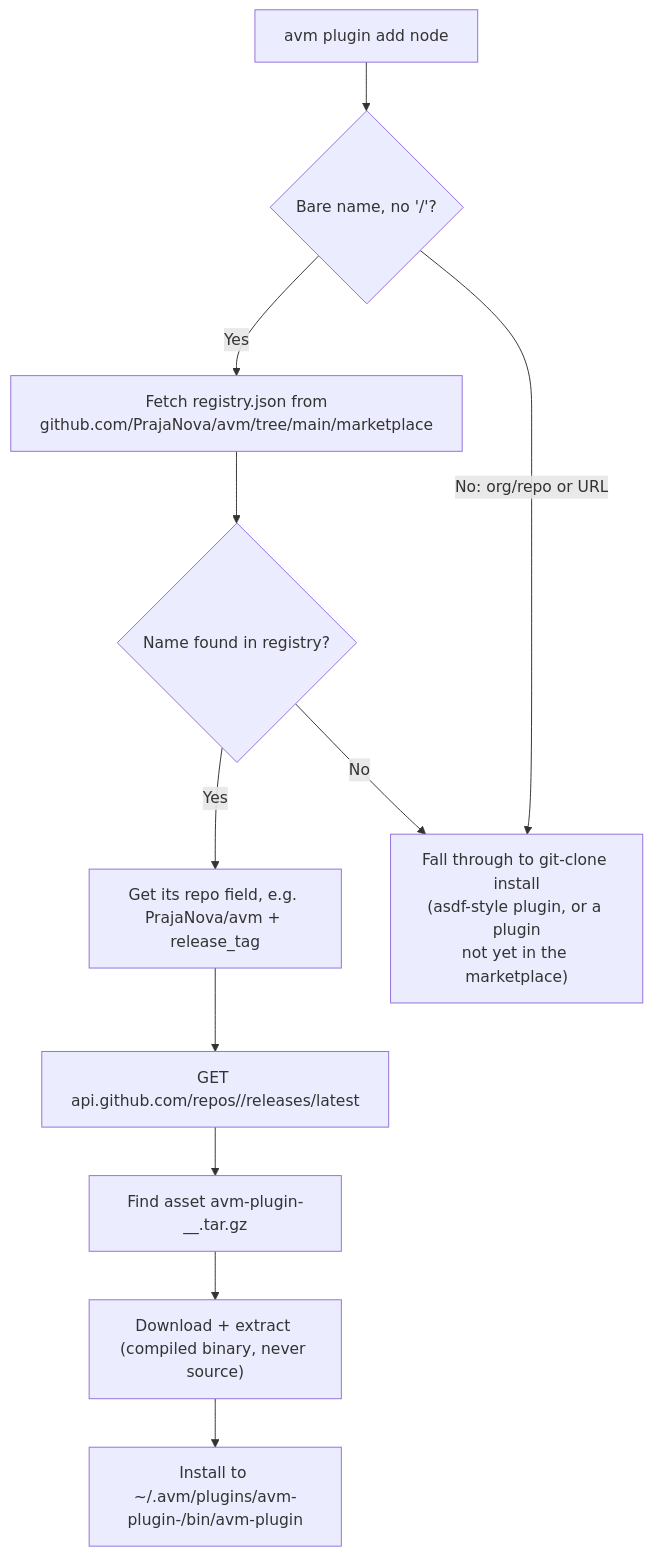
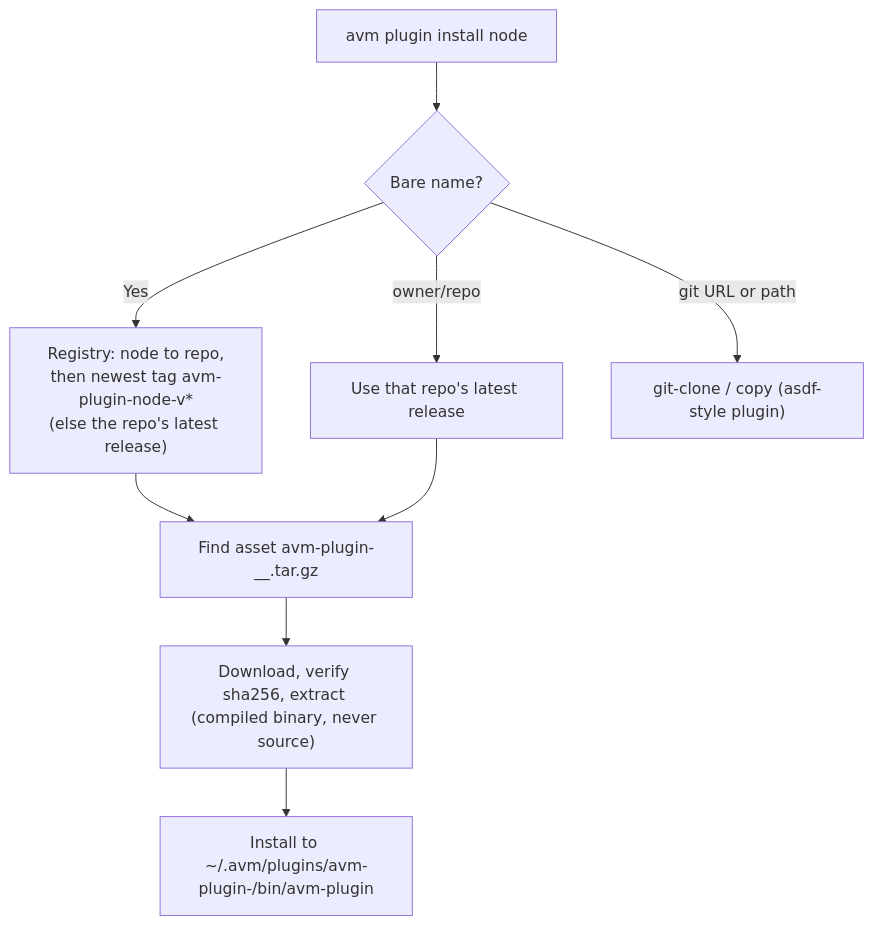
One commit to PrajaNova/avm changed the diagram in docs/architecture/ARCHITECTURE.md. Above: the diagram before and after it, drawn with Mermaid. The commit also changed other lines of this file and 273 other files, not shown here.

````diff
--- a/docs/architecture/ARCHITECTURE.md
+++ b/docs/architecture/ARCHITECTURE.md
@@ -61,13 +62,11 @@
 ```mermaid
 flowchart TD
-  A["avm plugin add node"] --> B{"Bare name, no '/'?"}
-  B -->|Yes| C["Fetch registry.json from\ngithub.com/PrajaNova/avm/tree/main/marketplace"]
-  C --> D{"Name found in registry?"}
-  D -->|Yes| E["Get its repo field, e.g. PrajaNova/avm + release_tag"]
-  D -->|No| F["Fall through to git-clone install\n(asdf-style plugin, or a plugin\nnot yet in the marketplace)"]
-  B -->|No: org/repo or URL| F
-  E --> G["GET api.github.com/repos/<repo>/releases/latest"]
-  G --> H["Find asset avm-plugin-<name>_<os>_<arch>.tar.gz"]
-  H --> I["Download + extract (compiled binary, never source)"]
+  A["avm plugin install node"] --> B{"Bare name?"}
+  B -->|Yes| C["Registry: node to repo,\nthen newest tag avm-plugin-node-v*\n(else the repo's latest release)"]
+  B -->|"owner/repo"| D["Use that repo's latest release"]
+  B -->|"git URL or path"| F["git-clone / copy (asdf-style plugin)"]
+  C --> H["Find asset avm-plugin-<name>_<os>_<arch>.tar.gz"]
+  D --> H
+  H --> I["Download, verify sha256, extract (compiled binary, never source)"]
   I --> J["Install to ~/.avm/plugins/avm-plugin-<name>/bin/avm-plugin"]
 ```
````
